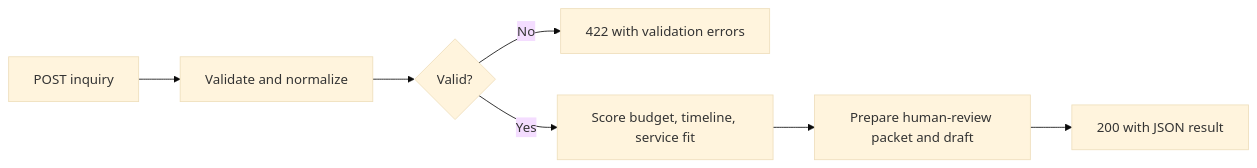
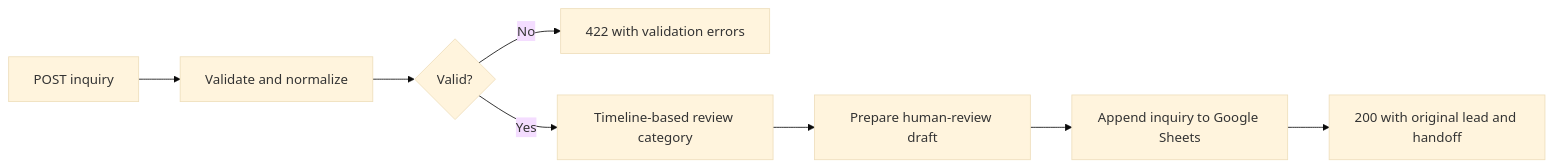
Before and after one commit to Ka1sel/lead-intake-automation: the diagram in README.md, drawn with Mermaid (base theme). The commit also changed other lines of this file and 12 other files, not shown here.

Commit message:
Publish Hanz-tested inquiry tracker with Sheets integration and review policy

````diff
--- a/README.md
+++ b/README.md
@@ -17,9 +21,10 @@
 ```mermaid
 flowchart LR
     A[POST inquiry] --> B[Validate and normalize]
     B --> C{Valid?}
     C -->|No| D[422 with validation errors]
-    C -->|Yes| E[Score budget, timeline, service fit]
-    E --> F[Prepare human-review packet and draft]
-    F --> G[200 with JSON result]
+    C -->|Yes| E[Timeline-based review category]
+    E --> F[Prepare human-review draft]
+    F --> G[Append inquiry to Google Sheets]
+    G --> H[200 with original lead and handoff]
 ```
````
